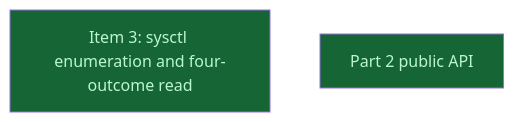
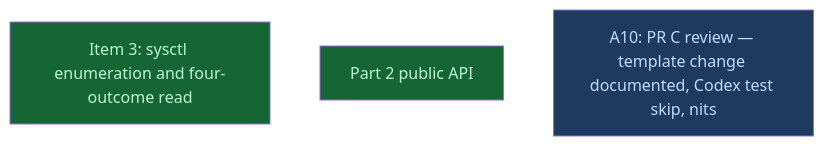
One commit to LittleCoinCoin/hypomnesis changed the diagram in __roadmap__/v0214-sandbox/part1/close/part2/README.md. Above: the diagram before and after it, drawn with Mermaid. The commit also changed other lines of this file and 6 other files, not shown here.

First line of the commit message:
docs(roadmap): amendment A10 — the maintainer's review of PR C

````diff
--- a/__roadmap__/v0214-sandbox/part1/close/part2/README.md
+++ b/__roadmap__/v0214-sandbox/part1/close/part2/README.md
@@ -23,10 +23,11 @@
 ```mermaid
 graph TD
     kinfo_enumeration[Item 3: sysctl enumeration and four-outcome read]:::done
     api[Part 2 public API]:::done
+    maintainer_review_c[A10: PR C review — template change documented, Codex test skip, nits]:::amendment
     classDef done       fill:#166534,color:#bbf7d0
     classDef inprogress fill:#854d0e,color:#fef08a
     classDef planned    fill:#374151,color:#e5e7eb
     classDef amendment  fill:#1e3a5f,color:#bfdbfe
     classDef blocked    fill:#7f1d1d,color:#fecaca
 ```
````
